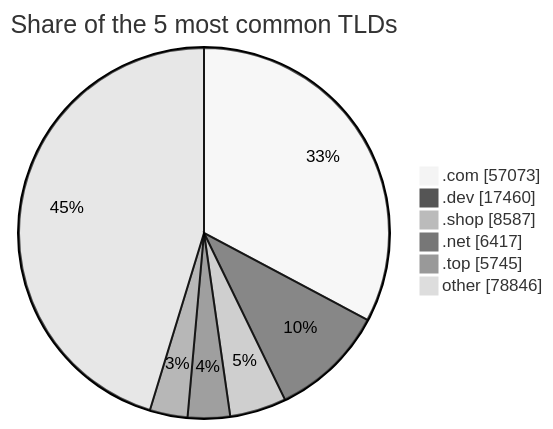
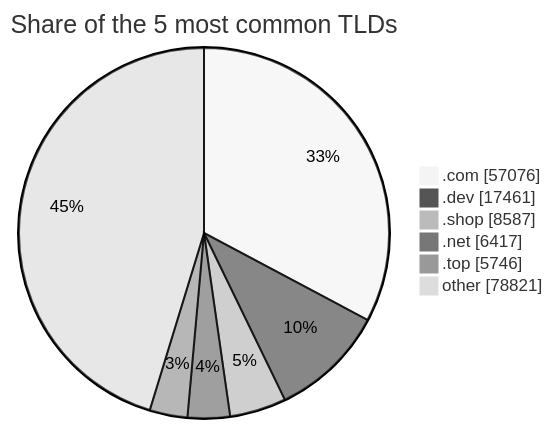
The third of 3 diagrams in README.md (DNSBunker/CTI), drawn with Mermaid (neutral theme) before and after one commit. The commit also changed other lines of this file and 3 other files, not shown here.

````diff
--- a/README.md
+++ b/README.md
@@ -81,9 +81,9 @@
 ```mermaid
 pie showData title Share of the 5 most common TLDs
-    ".com" : 57073
-    ".dev" : 17460
+    ".com" : 57076
+    ".dev" : 17461
     ".shop" : 8587
     ".net" : 6417
-    ".top" : 5745
-    "other" : 78846
+    ".top" : 5746
+    "other" : 78821
 ```
````
